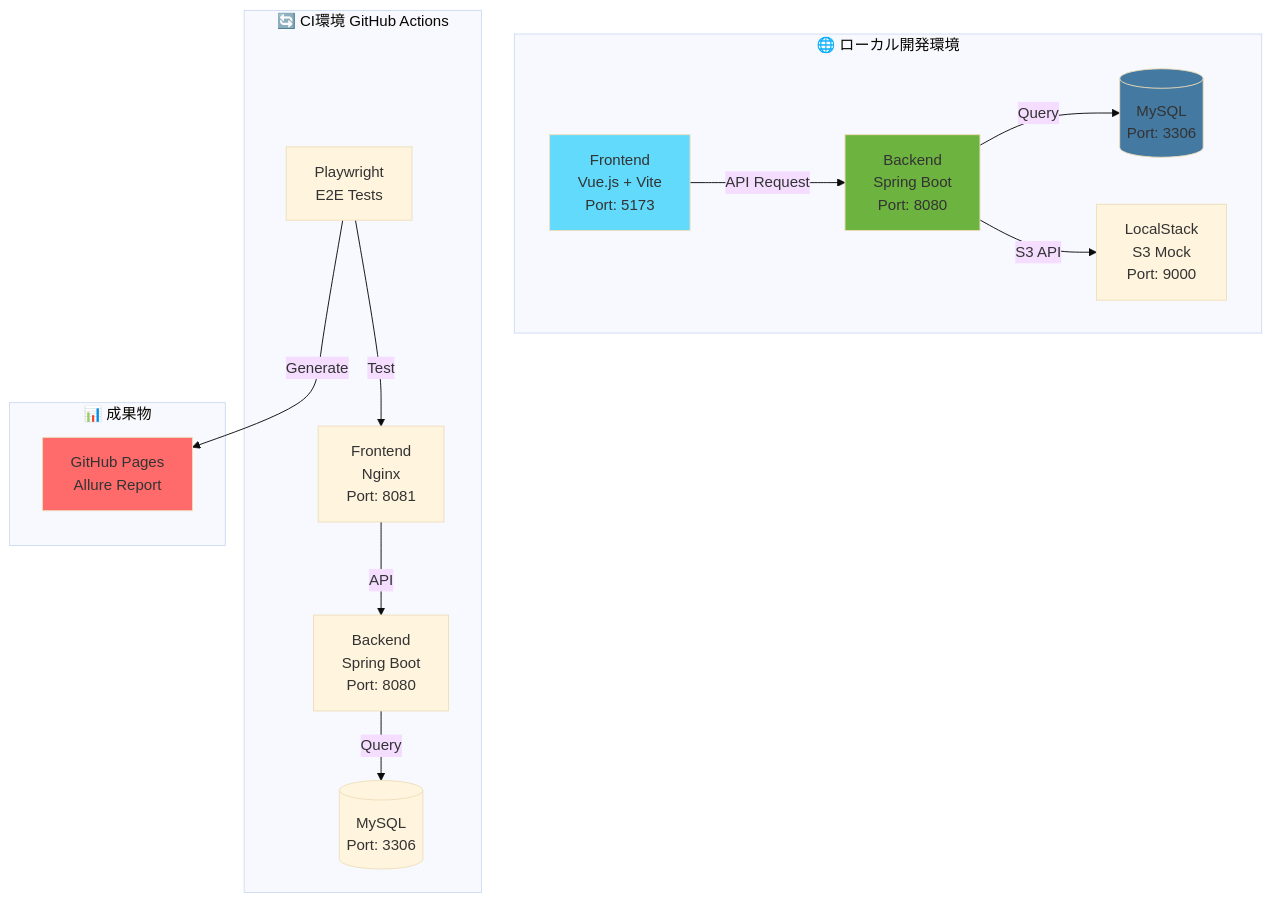
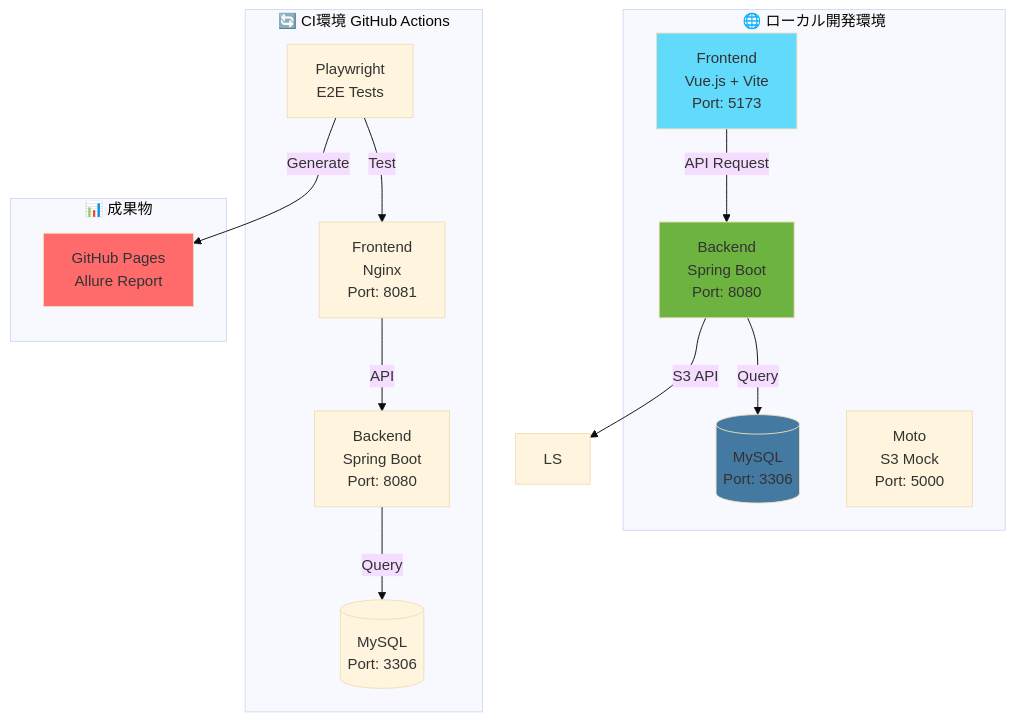
The first of 6 diagrams in README.md (cocomomojo/test_app), drawn with Mermaid (base theme) before and after one commit. The commit also changed other lines of this file and 107 other files, not shown here.

````diff
--- a/README.md
+++ b/README.md
@@ -44,34 +44,34 @@
 ```mermaid
 graph TB
     subgraph "🌐 ローカル開発環境"
         FE[Frontend<br/>Vue.js + Vite<br/>Port: 5173]
         BE[Backend<br/>Spring Boot<br/>Port: 8080]
         DB[(MySQL<br/>Port: 3306)]
-        LS[LocalStack<br/>S3 Mock<br/>Port: 9000]
+        Moto[Moto<br/>S3 Mock<br/>Port: 5000]
     end
 
     subgraph "🔄 CI環境 GitHub Actions"
         FE_CI[Frontend<br/>Nginx<br/>Port: 8081]
         BE_CI[Backend<br/>Spring Boot<br/>Port: 8080]
         DB_CI[(MySQL<br/>Port: 3306)]
         PW[Playwright<br/>E2E Tests]
     end
 
     subgraph "📊 成果物"
         GHP[GitHub Pages<br/>Allure Report]
     end
 
     FE -->|API Request| BE
     BE -->|Query| DB
     BE -->|S3 API| LS
 
     PW -->|Test| FE_CI
     FE_CI -->|API| BE_CI
     BE_CI -->|Query| DB_CI
     PW -->|Generate| GHP
 
     style FE fill:#61dafb
     style BE fill:#6db33f
     style DB fill:#4479a1
     style GHP fill:#ff6b6b
 ```
````
